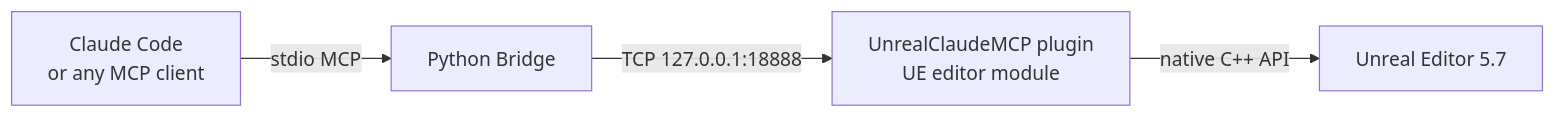
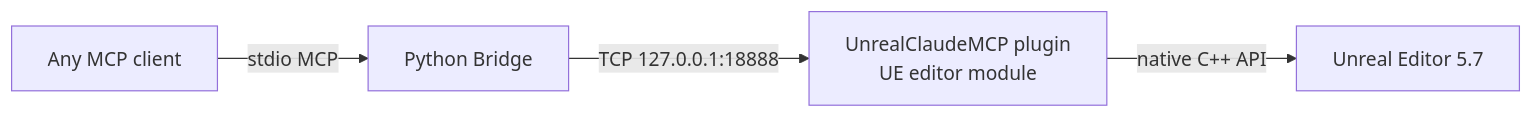
Before and after one commit to NAJEMWEHBE/unreal-ai-connection: the first of 2 diagrams in README.md, drawn with Mermaid. The commit also changed other lines of this file and 6 other files, not shown here.

````diff
--- a/README.md
+++ b/README.md
@@ -98,6 +98,6 @@
 ```mermaid
 graph LR
-    A[Claude Code<br/>or any MCP client] -->|stdio MCP| B[Python Bridge]
+    A[Any MCP client] -->|stdio MCP| B[Python Bridge]
     B -->|TCP 127.0.0.1:18888| C[UnrealClaudeMCP plugin<br/>UE editor module]
     C -->|native C++ API| D[Unreal Editor 5.7]
 ```
````
